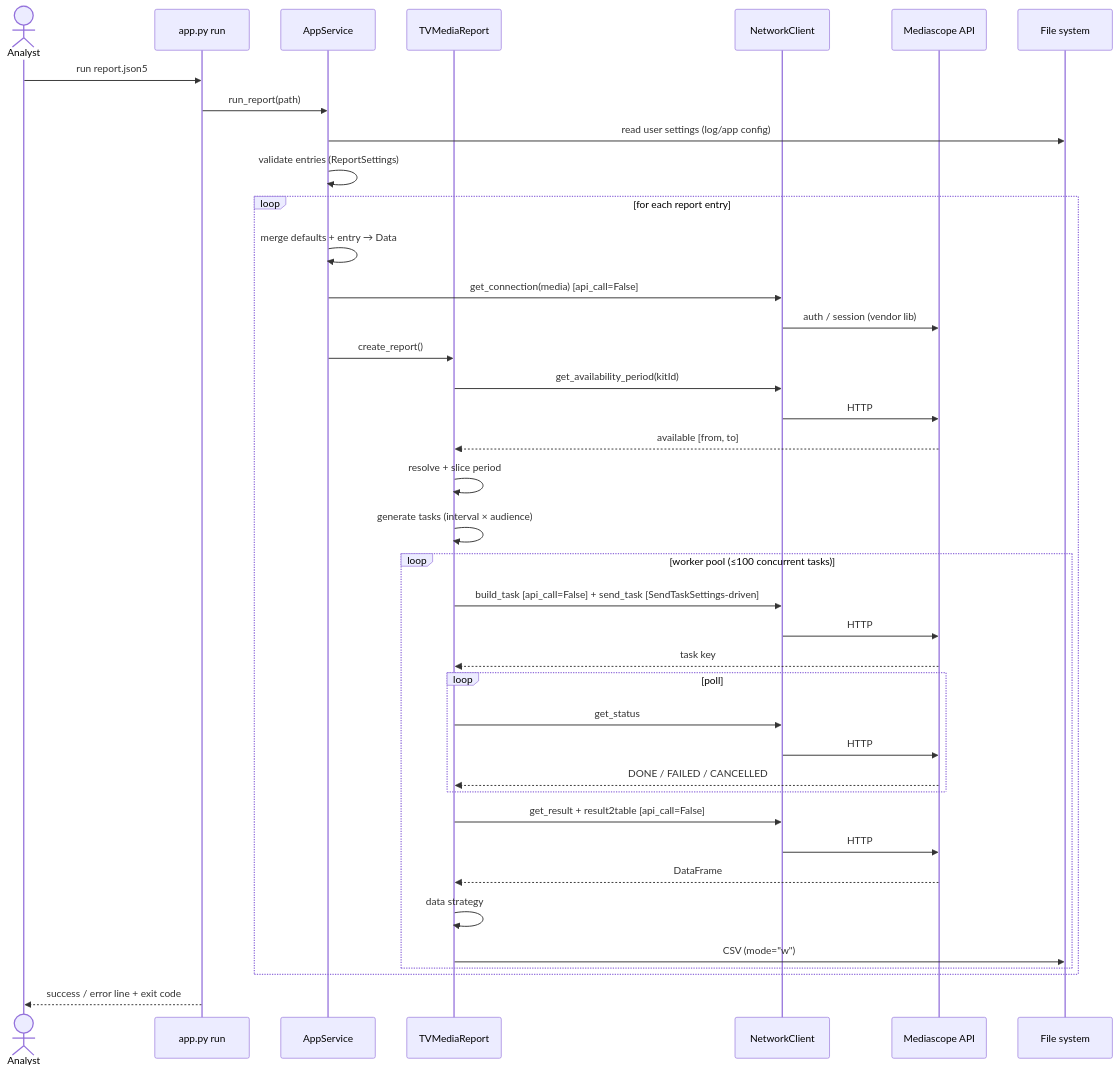
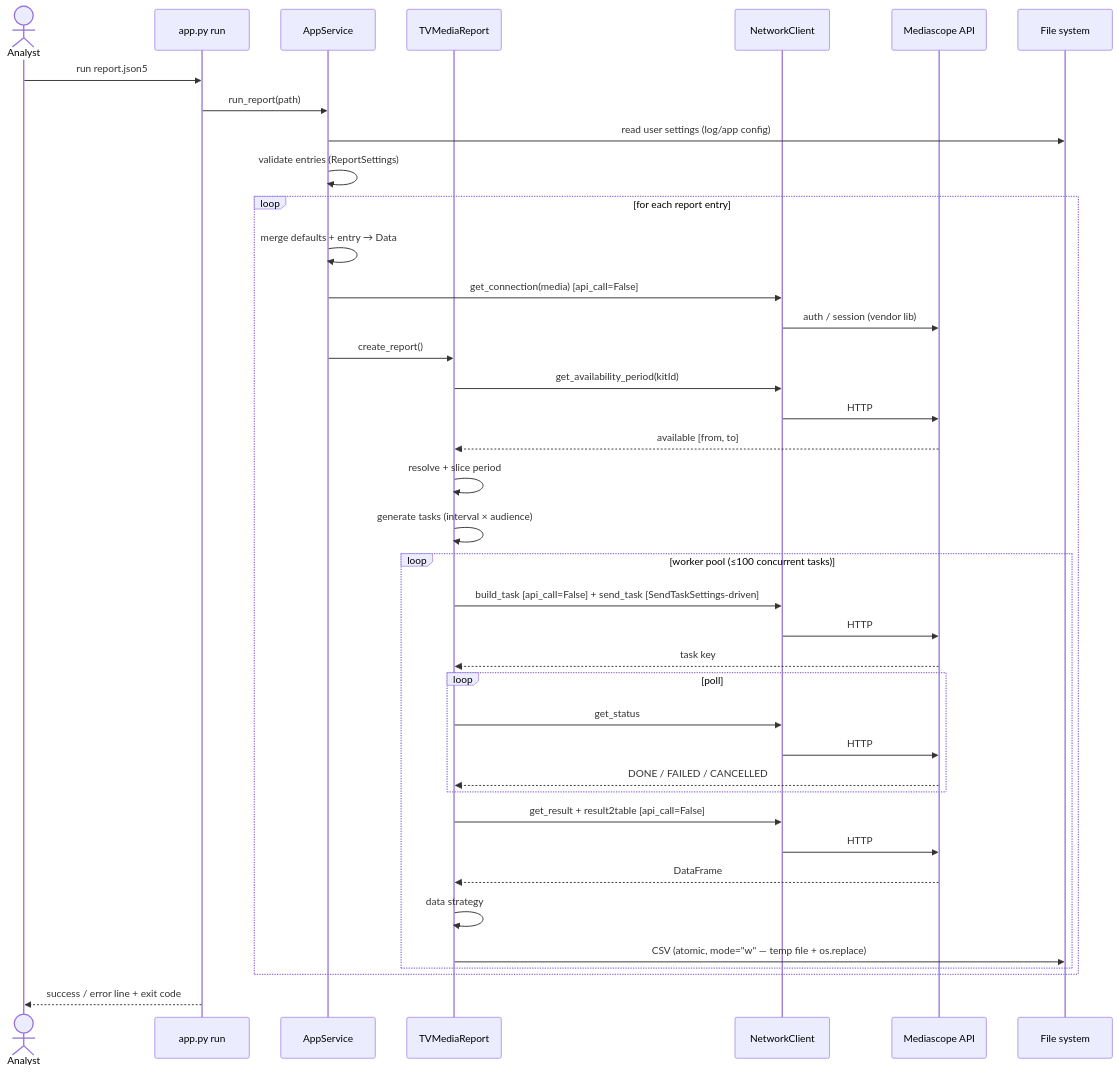
Before and after one commit to manicko/mko_get_mediascope_data: the fourth of 4 diagrams in docs/00-overview/system-architecture.md, drawn with Mermaid. The commit also changed other lines of this file and 4 other files, not shown here.

Commit message:
docs(overview): document atomic CSV publication, resume temp-exclusion, missing-period continuation, collision-safe task identity (PIPE-012/013/014)

````diff
--- a/docs/00-overview/system-architecture.md
+++ b/docs/00-overview/system-architecture.md
@@ -139,41 +139,41 @@
 ```mermaid
 sequenceDiagram
     actor U as Analyst
     participant CLI as app.py run
     participant SVC as AppService
     participant REP as TVMediaReport
     participant NET as NetworkClient
     participant API as Mediascope API
     participant FS as File system
     U->>CLI: run report.json5
     CLI->>SVC: run_report(path)
     SVC->>FS: read user settings (log/app config)
     SVC->>SVC: validate entries (ReportSettings)
     loop for each report entry
         SVC->>SVC: merge defaults + entry → Data
         SVC->>NET: get_connection(media) [api_call=False]
         NET->>API: auth / session (vendor lib)
         SVC->>REP: create_report()
         REP->>NET: get_availability_period(kitId)
         NET->>API: HTTP
         API-->>REP: available [from, to]
         REP->>REP: resolve + slice period
         REP->>REP: generate tasks (interval × audience)
         loop worker pool (≤100 concurrent tasks)
             REP->>NET: build_task [api_call=False] + send_task [SendTaskSettings-driven]
             NET->>API: HTTP
             API-->>REP: task key
             loop poll
                 REP->>NET: get_status
                 NET->>API: HTTP
                 API-->>REP: DONE / FAILED / CANCELLED
             end
             REP->>NET: get_result + result2table [api_call=False]
             NET->>API: HTTP
             API-->>REP: DataFrame
             REP->>REP: data strategy
-            REP->>FS: CSV (mode="w")
+            REP->>FS: CSV (atomic, mode="w" — temp file + os.replace)
         end
     end
     CLI-->>U: success / error line + exit code
 ```
````
